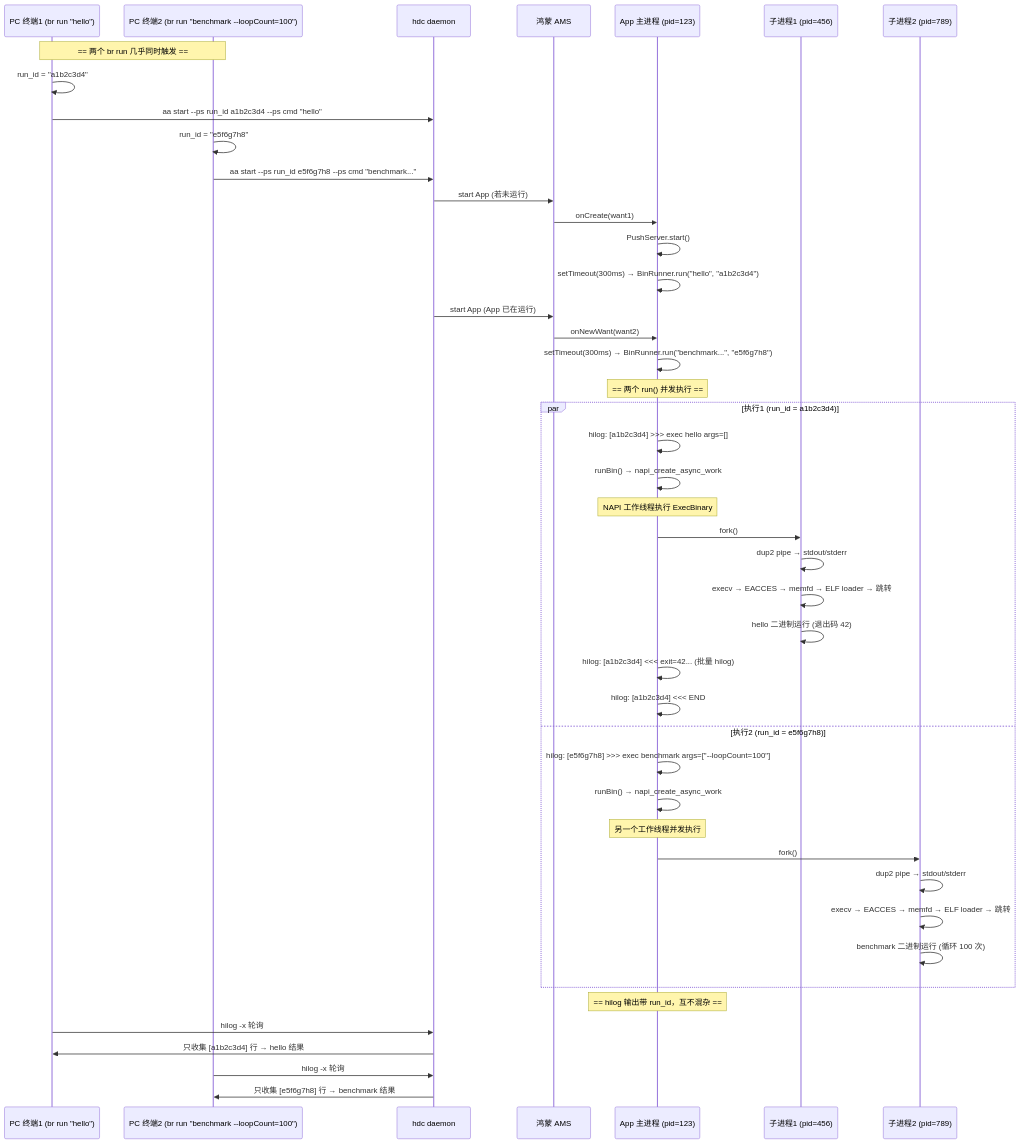
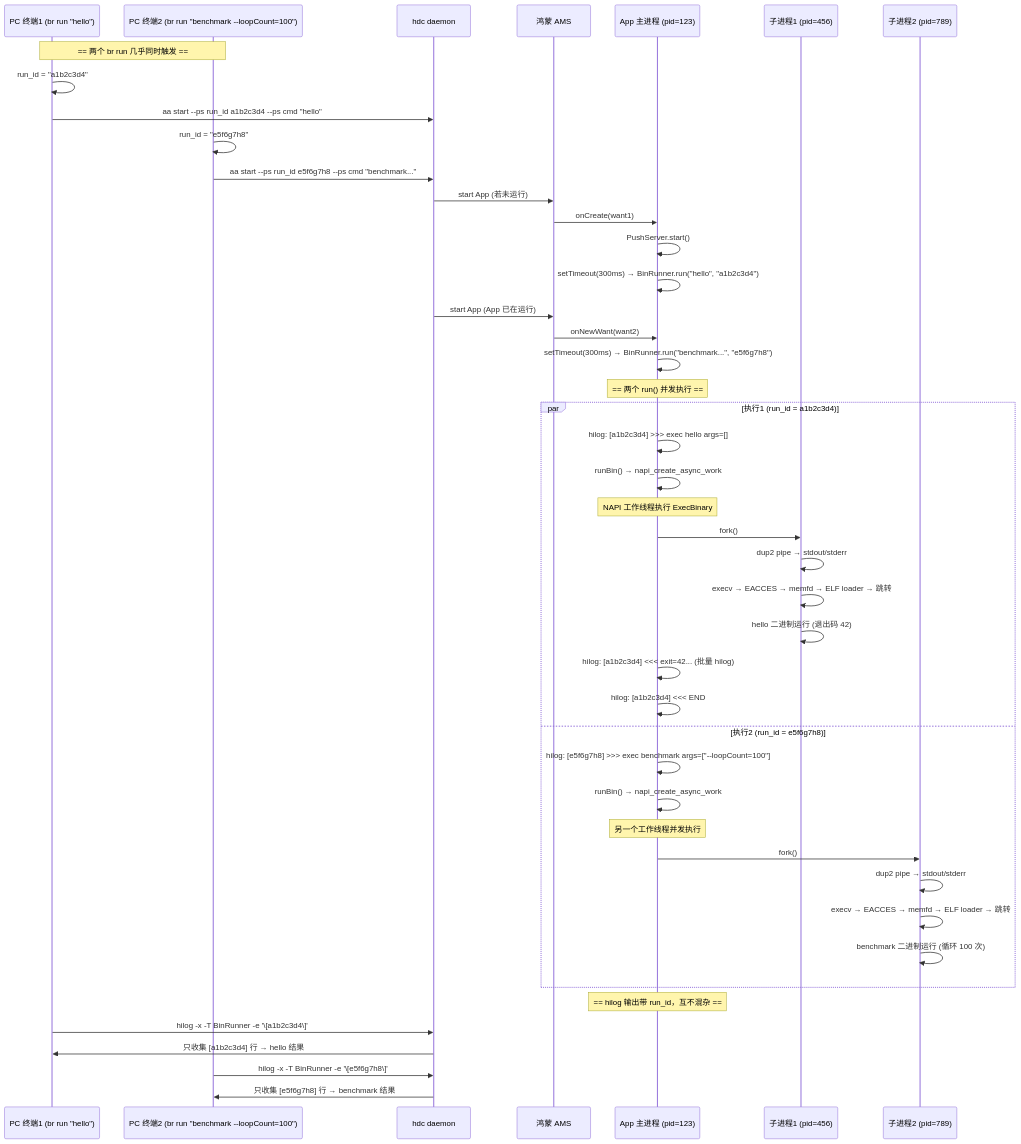
The diagram in docs/concurrency-spec.md (vincentzhu007/BinRunner), drawn with Mermaid before and after one commit. The commit also changed other lines of this file and 49 other files, not shown here.

````diff
--- a/docs/concurrency-spec.md
+++ b/docs/concurrency-spec.md
@@ -30,55 +30,55 @@
 ```mermaid
 sequenceDiagram
     participant PC1 as PC 终端1 (br run "hello")
     participant PC2 as PC 终端2 (br run "benchmark --loopCount=100")
     participant HDC as hdc daemon
     participant AMS as 鸿蒙 AMS
     participant App as App 主进程 (pid=123)
     participant Child1 as 子进程1 (pid=456)
     participant Child2 as 子进程2 (pid=789)
 
     Note over PC1,PC2: == 两个 br run 几乎同时触发 ==
 
     PC1->>PC1: run_id = "a1b2c3d4"
     PC1->>HDC: aa start --ps run_id a1b2c3d4 --ps cmd "hello"
     PC2->>PC2: run_id = "e5f6g7h8"
     PC2->>HDC: aa start --ps run_id e5f6g7h8 --ps cmd "benchmark..."
 
     HDC->>AMS: start App (若未运行)
     AMS->>App: onCreate(want1)
     App->>App: PushServer.start()
     App->>App: setTimeout(300ms) → BinRunner.run("hello", "a1b2c3d4")
 
     HDC->>AMS: start App (App 已在运行)
     AMS->>App: onNewWant(want2)
     App->>App: setTimeout(300ms) → BinRunner.run("benchmark...", "e5f6g7h8")
 
     Note over App: == 两个 run() 并发执行 ==
 
     par 执行1 (run_id = a1b2c3d4)
         App->>App: hilog: [a1b2c3d4] >>> exec hello args=[]
         App->>App: runBin() → napi_create_async_work
         Note over App: NAPI 工作线程执行 ExecBinary
         App->>Child1: fork()
         Child1->>Child1: dup2 pipe → stdout/stderr
         Child1->>Child1: execv → EACCES → memfd → ELF loader → 跳转
         Child1->>Child1: hello 二进制运行 (退出码 42)
         App->>App: hilog: [a1b2c3d4] <<< exit=42... (批量 hilog)
         App->>App: hilog: [a1b2c3d4] <<< END
     and 执行2 (run_id = e5f6g7h8)
         App->>App: hilog: [e5f6g7h8] >>> exec benchmark args=["--loopCount=100"]
         App->>App: runBin() → napi_create_async_work
         Note over App: 另一个工作线程并发执行
         App->>Child2: fork()
         Child2->>Child2: dup2 pipe → stdout/stderr
         Child2->>Child2: execv → EACCES → memfd → ELF loader → 跳转
         Child2->>Child2: benchmark 二进制运行 (循环 100 次)
     end
 
     Note over App: == hilog 输出带 run_id，互不混杂 ==
 
-    PC1->>HDC: hilog -x 轮询
+    PC1->>HDC: hilog -x -T BinRunner -e '\[a1b2c3d4\]'
     HDC->>PC1: 只收集 [a1b2c3d4] 行 → hello 结果
-    PC2->>HDC: hilog -x 轮询
+    PC2->>HDC: hilog -x -T BinRunner -e '\[e5f6g7h8\]'
     HDC->>PC2: 只收集 [e5f6g7h8] 行 → benchmark 结果
 ```
````
